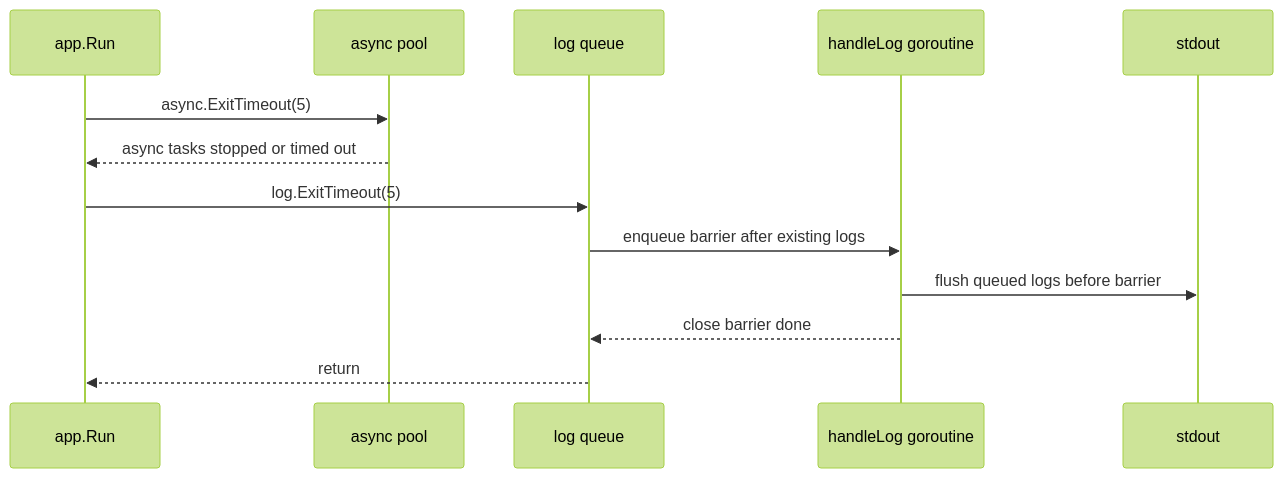
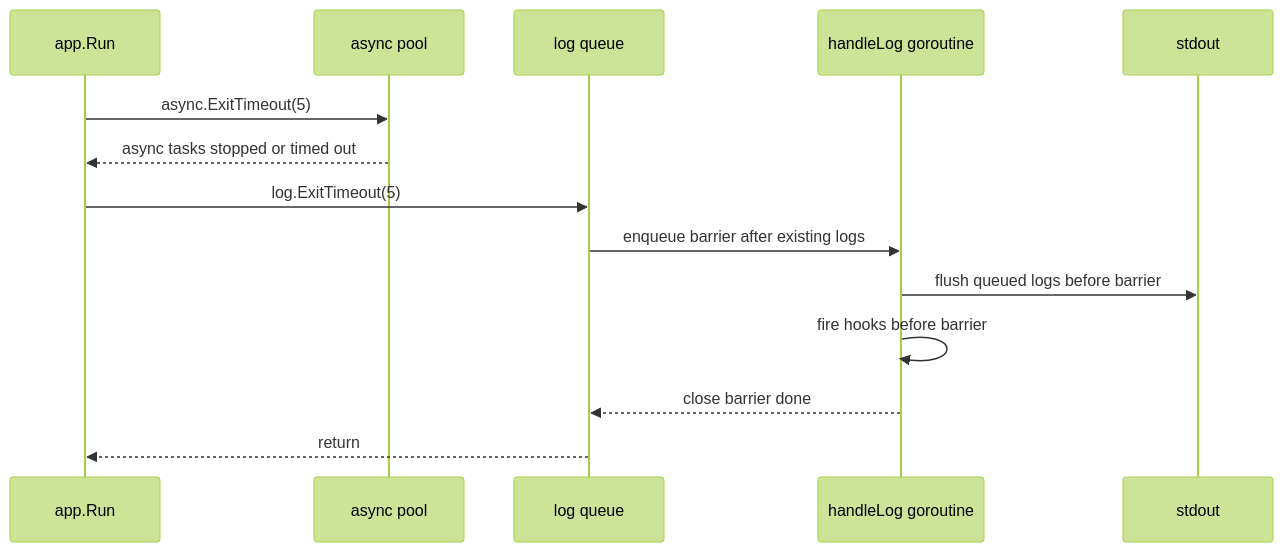
Before and after one commit to real-uangi/allingo: the second of 2 diagrams in common/log/README.md, drawn with Mermaid (forest theme). The commit also changed other lines of this file and 9 other files, not shown here.

````diff
--- a/common/log/README.md
+++ b/common/log/README.md
@@ -40,16 +39,17 @@
 ```mermaid
 sequenceDiagram
     participant App as app.Run
     participant Async as async pool
     participant Log as log queue
     participant Worker as handleLog goroutine
     participant Out as stdout
 
     App->>Async: async.ExitTimeout(5)
     Async-->>App: async tasks stopped or timed out
     App->>Log: log.ExitTimeout(5)
     Log->>Worker: enqueue barrier after existing logs
     Worker->>Out: flush queued logs before barrier
+    Worker->>Worker: fire hooks before barrier
     Worker-->>Log: close barrier done
     Log-->>App: return
 ```
````
